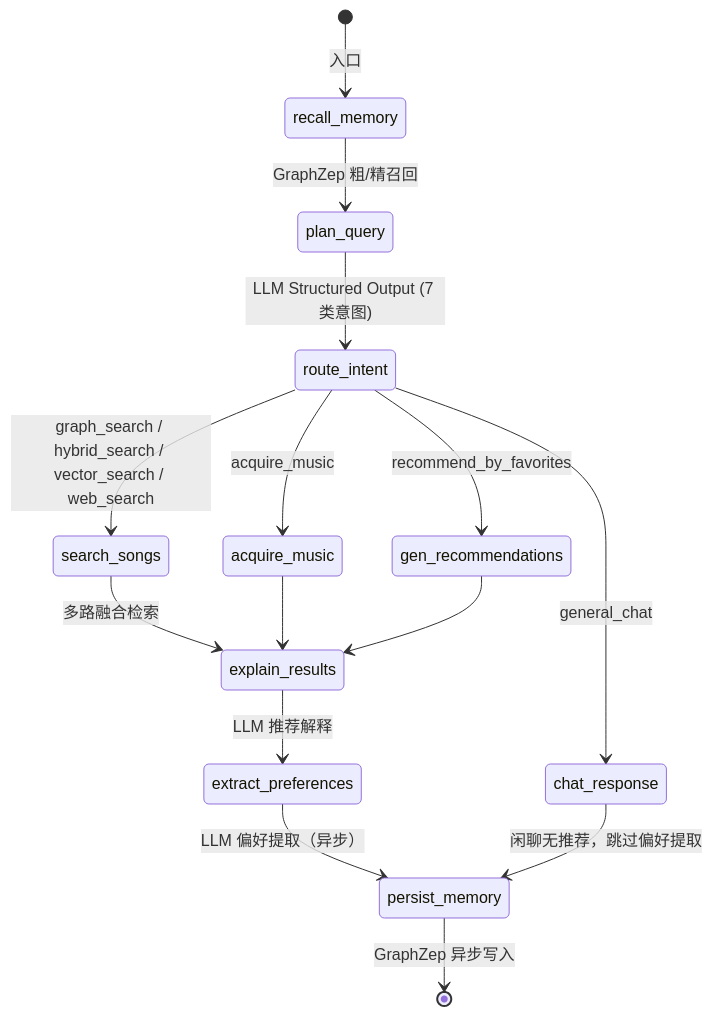
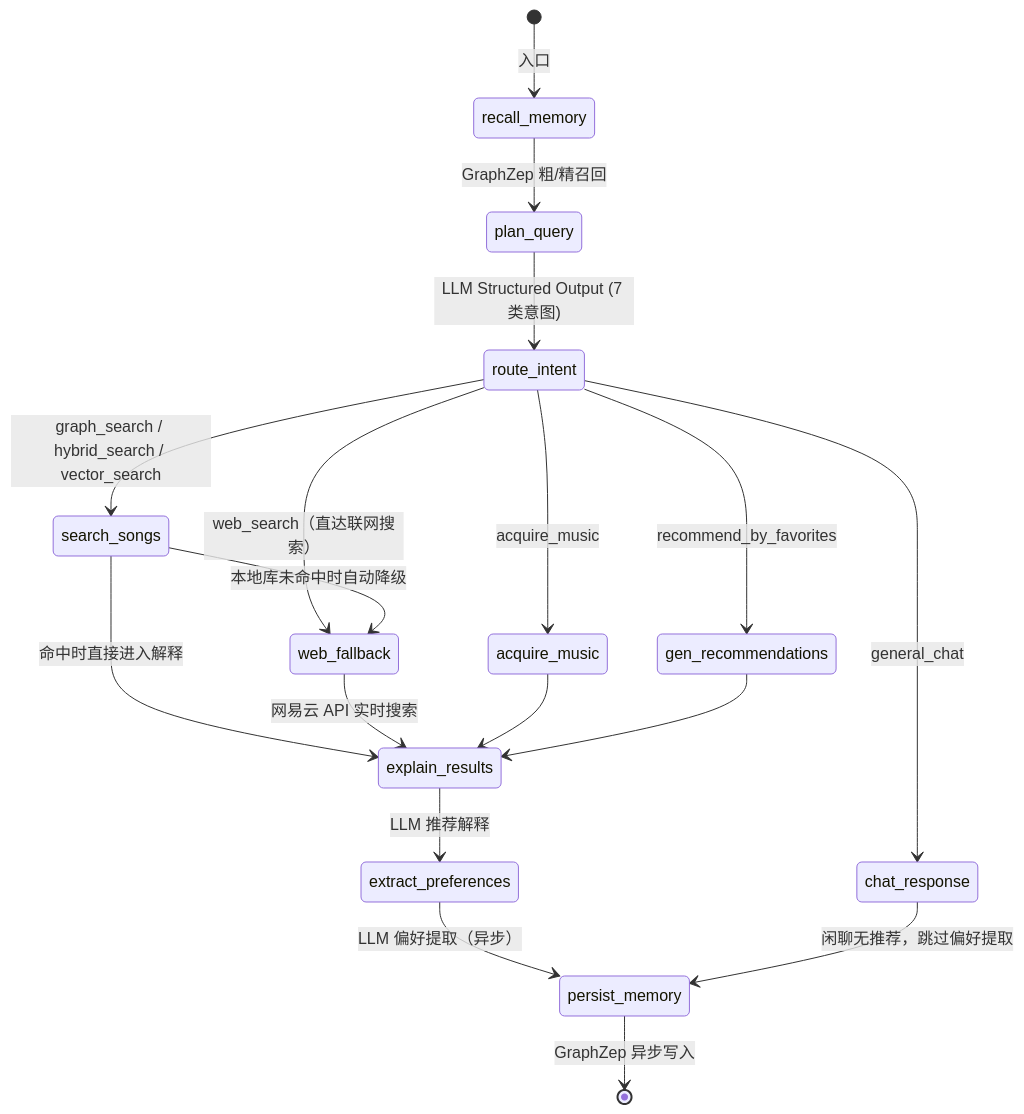
One commit to hgsanyang/SoulTuner-Agent changed the first of 2 diagrams in README.md. Above: the diagram before and after it, drawn with Mermaid. The commit also changed other lines of this file and 3 other files, not shown here.

````diff
--- a/README.md
+++ b/README.md
@@ -196,22 +197,25 @@
 ```mermaid
 stateDiagram-v2
     [*] --> recall_memory: 入口
     recall_memory --> plan_query: GraphZep 粗/精召回
     plan_query --> route_intent: LLM Structured Output (7 类意图)
 
-    route_intent --> search_songs: graph_search / hybrid_search / vector_search / web_search
+    route_intent --> search_songs: graph_search / hybrid_search / vector_search
+    route_intent --> web_fallback: web_search（直达联网搜索）
     route_intent --> chat_response: general_chat
     route_intent --> acquire_music: acquire_music
     route_intent --> gen_recommendations: recommend_by_favorites
 
-    search_songs --> explain_results: 多路融合检索
+    search_songs --> web_fallback: 本地库未命中时自动降级
+    search_songs --> explain_results: 命中时直接进入解释
+    web_fallback --> explain_results: 网易云 API 实时搜索
     acquire_music --> explain_results
     gen_recommendations --> explain_results
 
     explain_results --> extract_preferences: LLM 推荐解释
     extract_preferences --> persist_memory: LLM 偏好提取（异步）
 
     chat_response --> persist_memory: 闲聊无推荐，跳过偏好提取
 
     persist_memory --> [*]: GraphZep 异步写入
 ```
````
